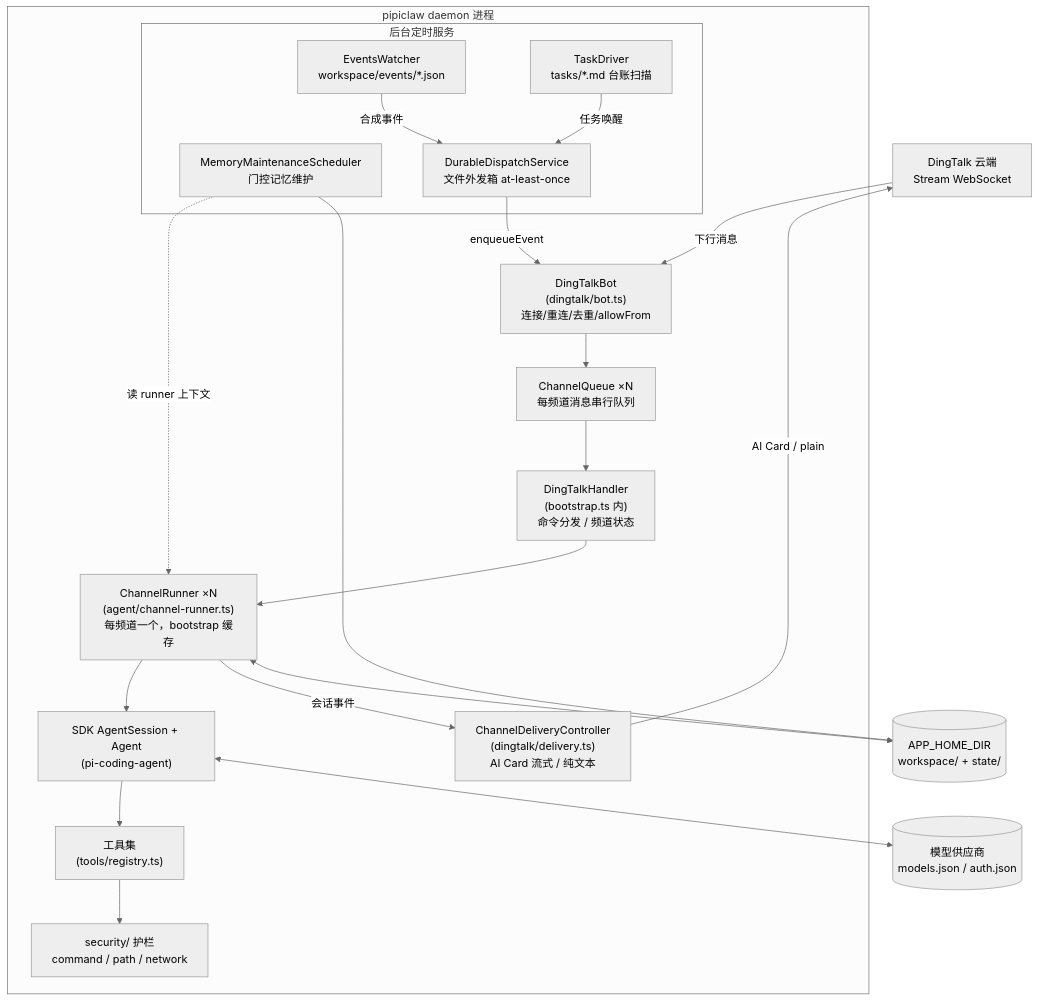
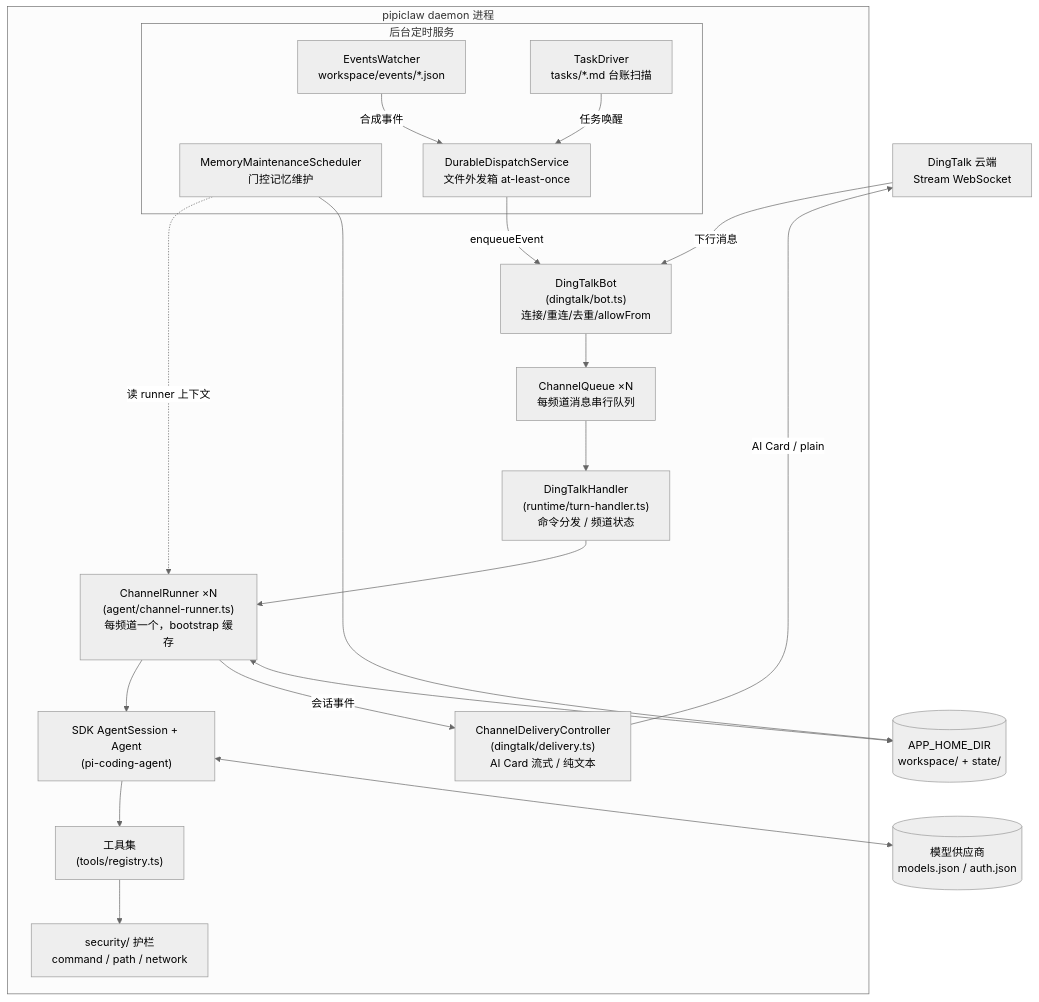
One commit to oyasmi/pipiclaw changed the first of 4 diagrams in docs/architecture.md. Above: the diagram before and after it, drawn with Mermaid (neutral theme). The commit also changed other lines of this file and 32 other files, not shown here.

First line of the commit message:
docs: finish spec 054 P6 — module table, flows, source map, headers, changelog

````diff
--- a/docs/architecture.md
+++ b/docs/architecture.md
@@ -57,36 +64,36 @@
 ```mermaid
 flowchart TB
     DT[DingTalk 云端<br/>Stream WebSocket]
 
     subgraph daemon [pipiclaw daemon 进程]
         BOT["DingTalkBot<br/>(dingtalk/bot.ts)<br/>连接/重连/去重/allowFrom"]
         CQ["ChannelQueue ×N<br/>每频道消息串行队列"]
-        HANDLER["DingTalkHandler<br/>(bootstrap.ts 内)<br/>命令分发 / 频道状态"]
+        HANDLER["DingTalkHandler<br/>(runtime/turn-handler.ts)<br/>命令分发 / 频道状态"]
         RUNNER["ChannelRunner ×N<br/>(agent/channel-runner.ts)<br/>每频道一个，bootstrap 缓存"]
         SESSION["SDK AgentSession + Agent<br/>(pi-coding-agent)"]
         TOOLS["工具集<br/>(tools/registry.ts)"]
         SEC["security/ 护栏<br/>command / path / network"]
         DELIVERY["ChannelDeliveryController<br/>(dingtalk/delivery.ts)<br/>AI Card 流式 / 纯文本"]
 
         subgraph bg [后台定时服务]
             EW["EventsWatcher<br/>workspace/events/*.json"]
             TD["TaskDriver<br/>tasks/*.md 台账扫描"]
             MMS["MemoryMaintenanceScheduler<br/>门控记忆维护"]
             DD["DurableDispatchService<br/>文件外发箱 at-least-once"]
         end
     end
 
     LLM[(模型供应商<br/>models.json / auth.json)]
     FS[(APP_HOME_DIR<br/>workspace/ + state/)]
 
     DT -->|下行消息| BOT --> CQ --> HANDLER --> RUNNER --> SESSION
     SESSION --> TOOLS --> SEC
     SESSION <--> LLM
     RUNNER -->|会话事件| DELIVERY -->|AI Card / plain| DT
     EW -->|合成事件| DD
     TD -->|任务唤醒| DD
     DD -->|enqueueEvent| BOT
     MMS -.->|读 runner 上下文| RUNNER
     MMS --> FS
     RUNNER <--> FS
 ```
````
